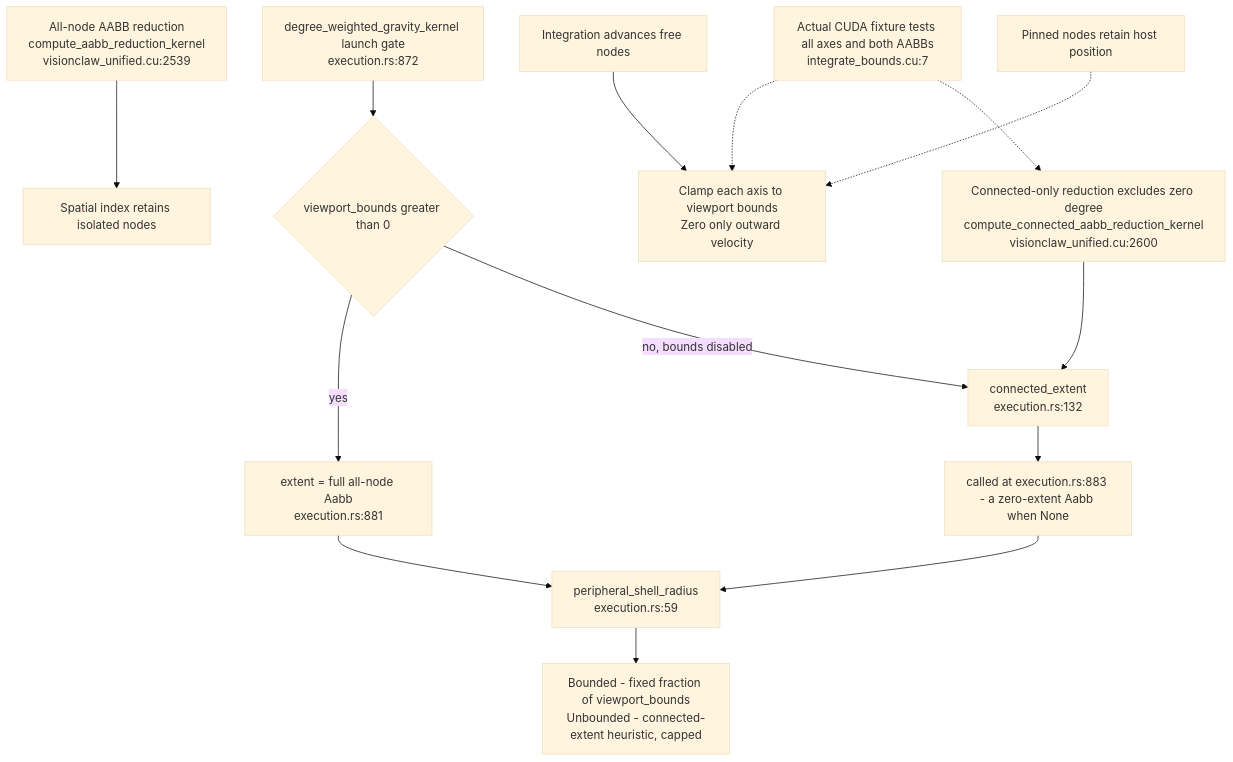
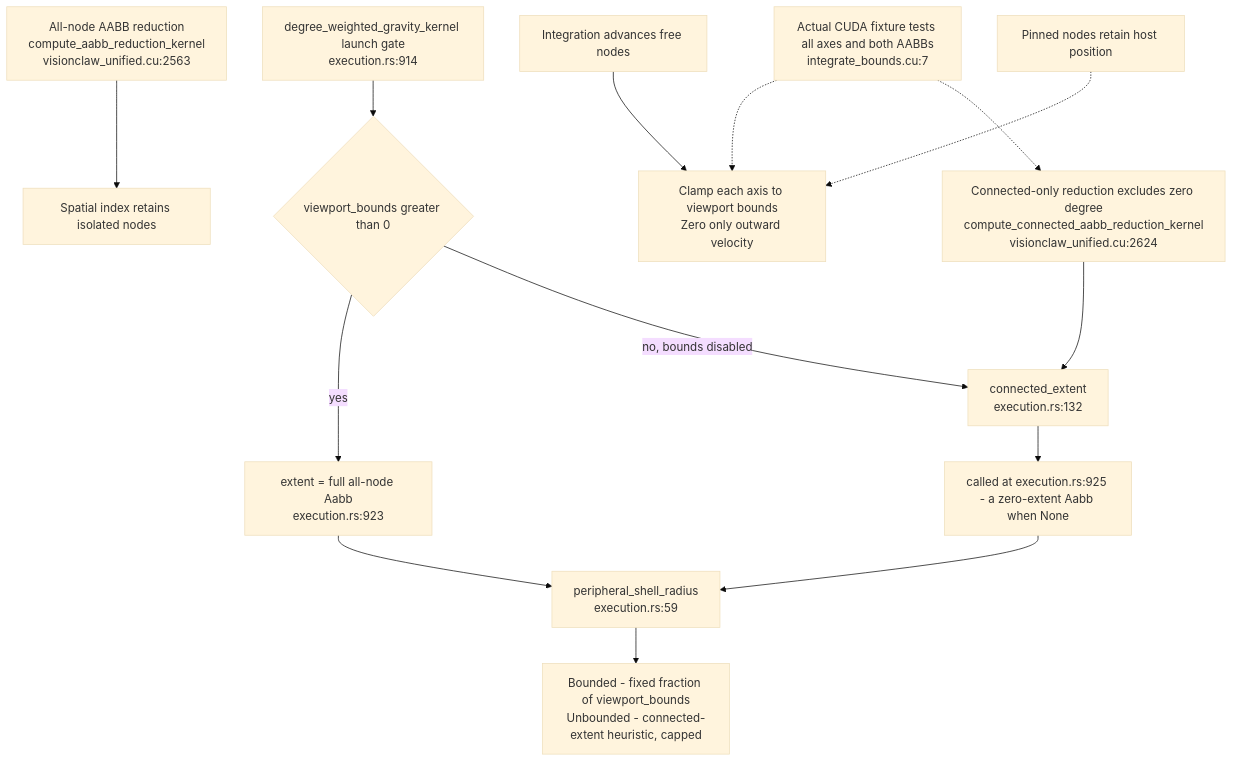
Before and after one commit to DreamLab-AI/VisionFlow: the eighth of 8 diagrams in docs/diagrams/visionclaw/11-physics-step-and-force-channels.md, drawn with Mermaid (base theme). The commit also changed other lines of this file and 173 other files, not shown here.

````diff
--- a/docs/diagrams/visionclaw/11-physics-step-and-force-channels.md
+++ b/docs/diagrams/visionclaw/11-physics-step-and-force-channels.md
@@ -315,16 +330,16 @@
 ```mermaid
 flowchart TD
-    All["All-node AABB reduction<br/>compute_aabb_reduction_kernel<br/>visionclaw_unified.cu:2539"] --> Grid["Spatial index retains isolated nodes"]
-    Connected["Connected-only reduction excludes zero degree<br/>compute_connected_aabb_reduction_kernel<br/>visionclaw_unified.cu:2600"] --> Extent["connected_extent<br/>execution.rs:132"]
-    Gate["degree_weighted_gravity_kernel launch gate<br/>execution.rs:872"] --> Branch{"viewport_bounds greater than 0"}
-    Branch -->|yes| Bounded["extent = full all-node Aabb<br/>execution.rs:881"]
+    All["All-node AABB reduction<br/>compute_aabb_reduction_kernel<br/>visionclaw_unified.cu:2563"] --> Grid["Spatial index retains isolated nodes"]
+    Connected["Connected-only reduction excludes zero degree<br/>compute_connected_aabb_reduction_kernel<br/>visionclaw_unified.cu:2624"] --> Extent["connected_extent<br/>execution.rs:132"]
+    Gate["degree_weighted_gravity_kernel launch gate<br/>execution.rs:914"] --> Branch{"viewport_bounds greater than 0"}
+    Branch -->|yes| Bounded["extent = full all-node Aabb<br/>execution.rs:923"]
     Branch -->|no, bounds disabled| Extent
-    Extent --> Call["called at execution.rs:883 - a zero-extent Aabb when None"]
+    Extent --> Call["called at execution.rs:925 - a zero-extent Aabb when None"]
     Bounded --> Shell["peripheral_shell_radius<br/>execution.rs:59"]
     Call --> Shell
     Shell --> ShellNote["Bounded - fixed fraction of viewport_bounds<br/>Unbounded - connected-extent heuristic, capped"]
     Force["Integration advances free nodes"] --> Clamp["Clamp each axis to viewport bounds<br/>Zero only outward velocity"]
     Pin["Pinned nodes retain host position"] -.-> Clamp
     Test["Actual CUDA fixture tests all axes and both AABBs<br/>integrate_bounds.cu:7"] -.-> Clamp
     Test -.-> Connected
 ```
````
